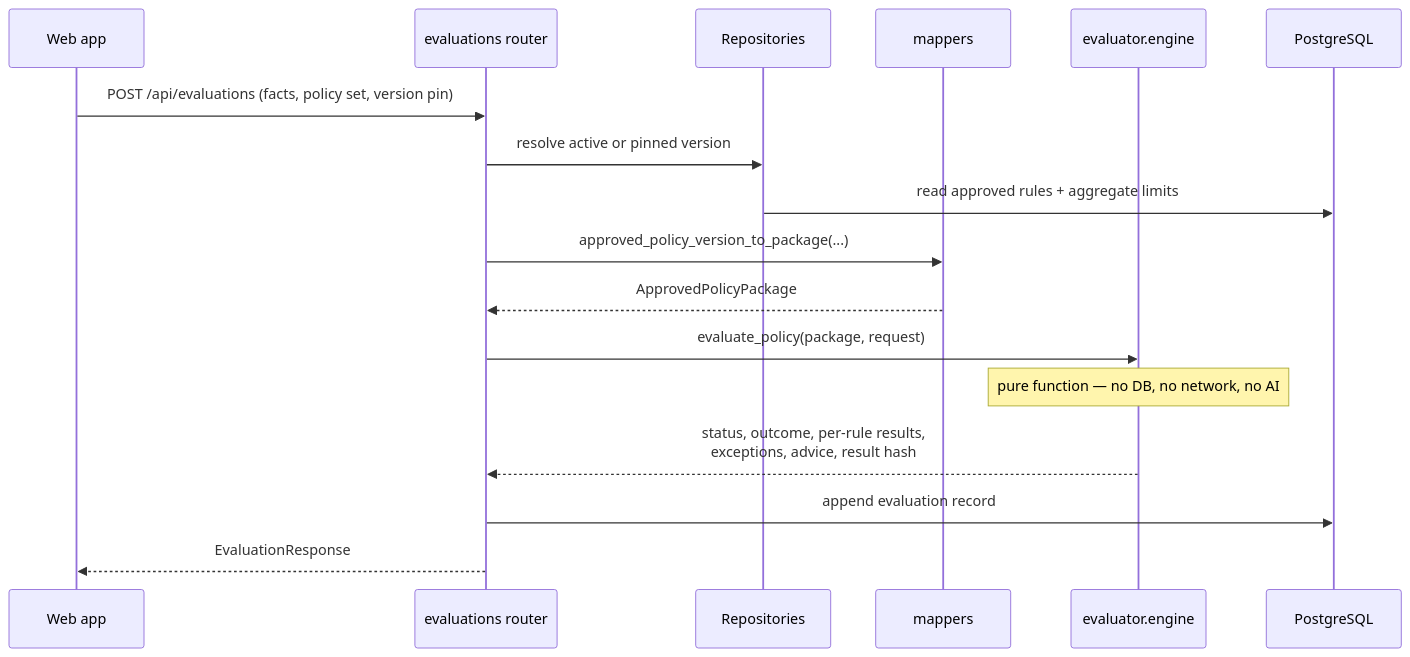
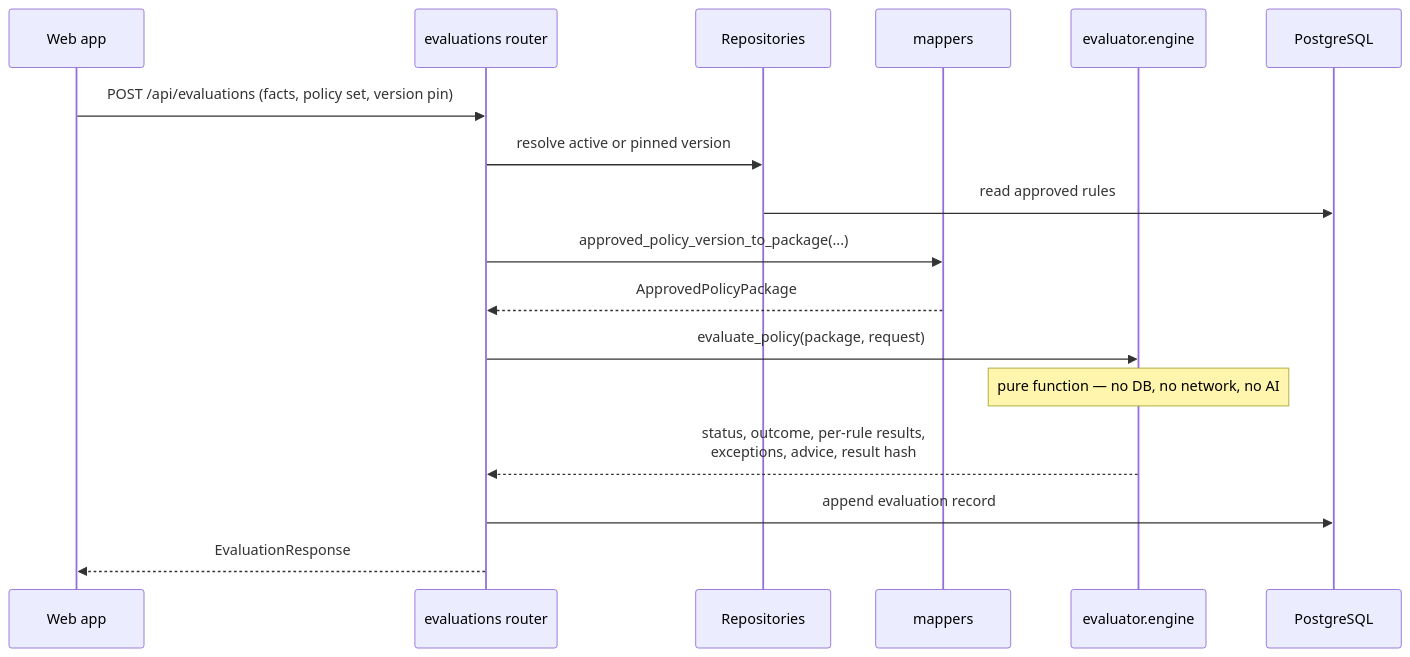
One commit to taomar/policy-governance-engine changed the fourth of 4 diagrams in docs/architecture.md. Above: the diagram before and after it, drawn with Mermaid. The commit also changed other lines of this file, not shown here.

First line of the commit message:
docs(architecture): drop retired aggregates sub-package and evaluation step

````diff
--- a/docs/architecture.md
+++ b/docs/architecture.md
@@ -220,20 +219,20 @@
 ```mermaid
 sequenceDiagram
     participant UI as Web app
     participant R as evaluations router
     participant Repo as Repositories
     participant M as mappers
     participant E as evaluator.engine
     participant DB as PostgreSQL
 
     UI->>R: POST /api/evaluations (facts, policy set, version pin)
     R->>Repo: resolve active or pinned version
-    Repo->>DB: read approved rules + aggregate limits
+    Repo->>DB: read approved rules
     R->>M: approved_policy_version_to_package(...)
     M-->>R: ApprovedPolicyPackage
     R->>E: evaluate_policy(package, request)
     Note over E: pure function — no DB, no network, no AI
     E-->>R: status, outcome, per-rule results,<br/>exceptions, advice, result hash
     R->>DB: append evaluation record
     R-->>UI: EvaluationResponse
 ```
````
